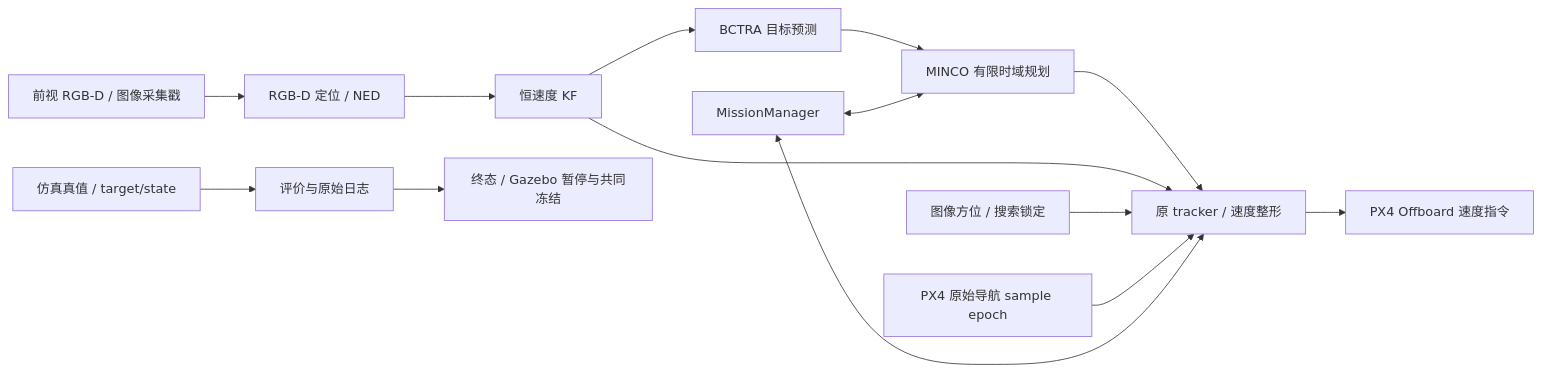
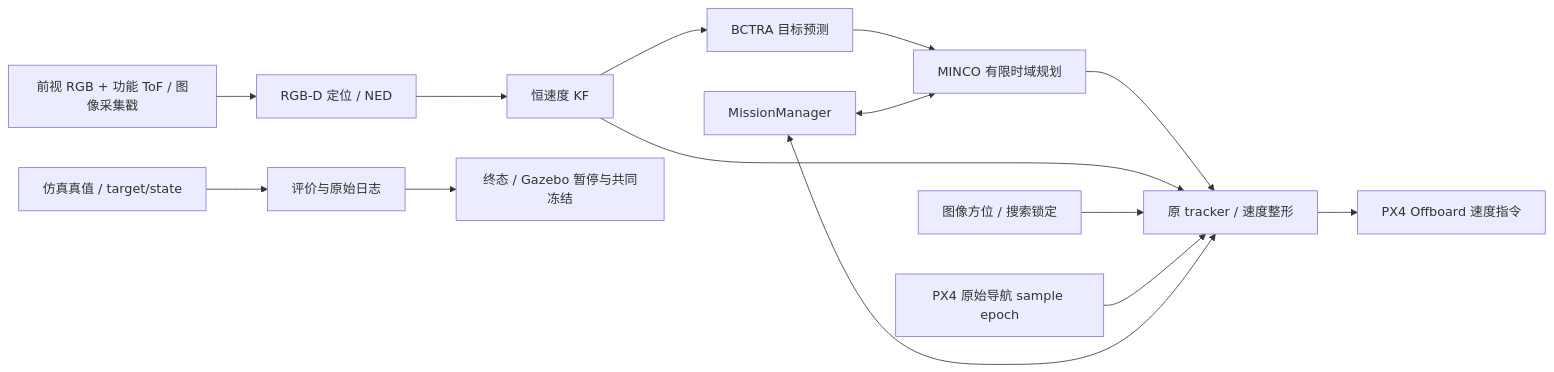
Before and after one commit to Qinjianheng/uav_usv_mpc: the diagram in docs/current/architecture.md, drawn with Mermaid. The commit also changed other lines of this file and 212 other files, not shown here.

````diff
--- a/docs/current/architecture.md
+++ b/docs/current/architecture.md
@@ -5,16 +7,16 @@
 ```mermaid
 flowchart LR
-  Camera[前视 RGB-D / 图像采集戳] --> Localizer[RGB-D 定位 / NED]
+  Camera[前视 RGB + 功能 ToF / 图像采集戳] --> Localizer[RGB-D 定位 / NED]
   Localizer --> KF[恒速度 KF]
   KF --> Predictor[BCTRA 目标预测]
   Predictor --> Planner[MINCO 有限时域规划]
   Planner --> Tracker[原 tracker / 速度整形]
   KF --> Tracker
   Bearing[图像方位 / 搜索锁定] --> Tracker
   PX4[PX4 原始导航 sample epoch] --> Tracker
   Tracker --> Setpoint[PX4 Offboard 速度指令]
   Manager[MissionManager] <--> Tracker
   Manager <--> Planner
   Truth[仿真真值 / target/state] --> Evaluator[评价与原始日志]
   Evaluator --> Pause[终态 / Gazebo 暂停与共同冻结]
 ```
````
